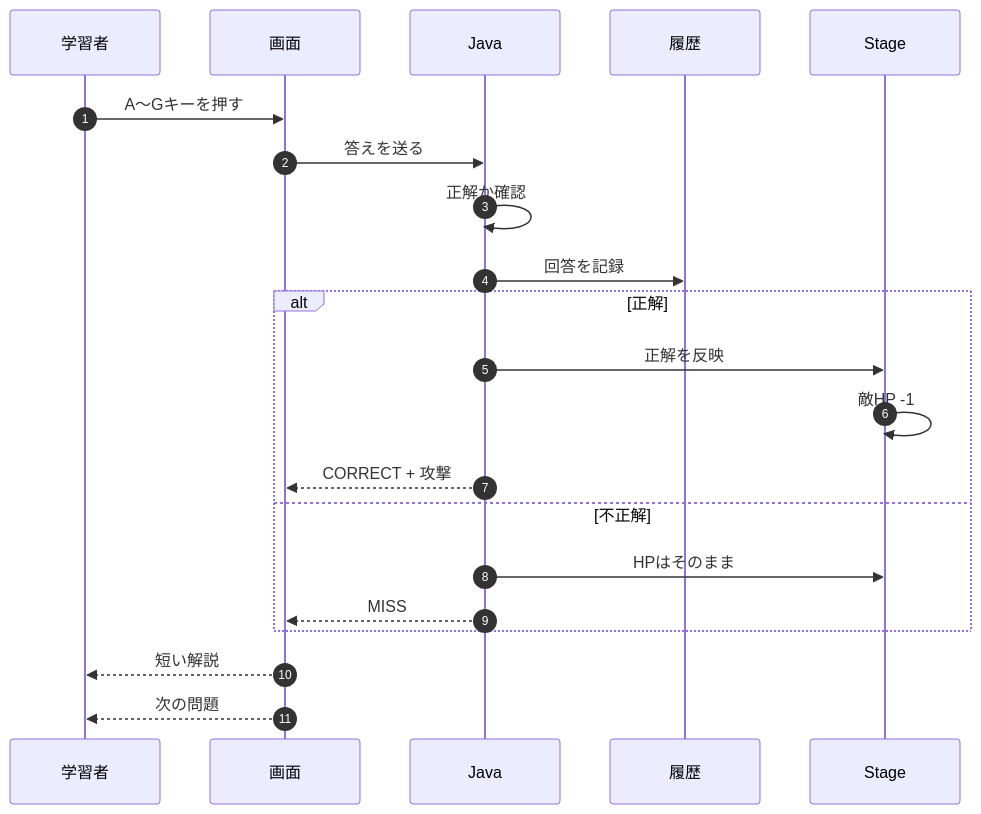
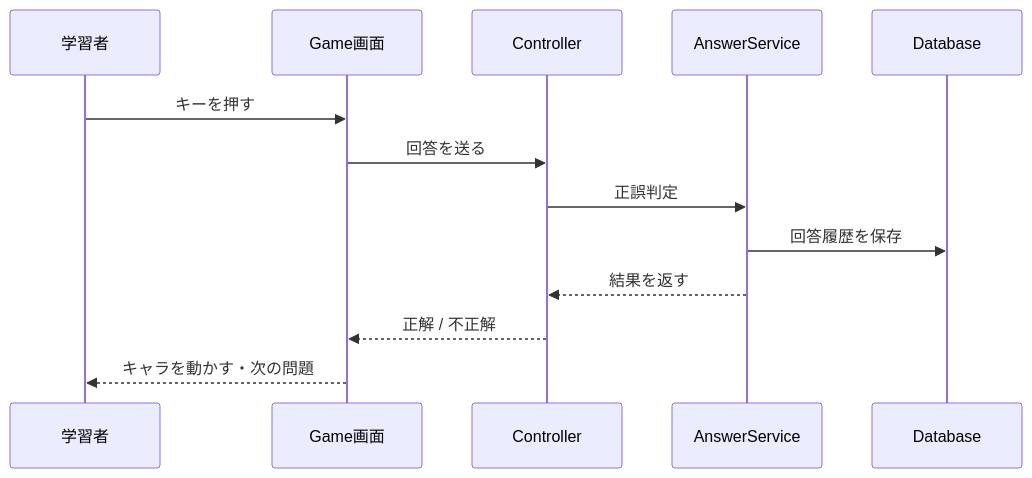
One commit to suu-dev-0203/graduation_JAVAgame changed the sixth of 9 diagrams in README.md. Above: the diagram before and after it, drawn with Mermaid. The commit also changed other lines of this file, not shown here.

````diff
--- a/README.md
+++ b/README.md
@@ -1977,26 +823,16 @@
 ```mermaid
 sequenceDiagram
-    autonumber
-    participant 学習者
-    participant 画面
-    participant Java
-    participant 履歴
-    participant Stage
+    participant User as 学習者
+    participant Screen as Game画面
+    participant API as Controller
+    participant Service as AnswerService
+    participant DB as Database
 
-    学習者->>画面: A～Gキーを押す
-    画面->>Java: 答えを送る
-    Java->>Java: 正解か確認
-    Java->>履歴: 回答を記録
-
-    alt 正解
-        Java->>Stage: 正解を反映
-        Stage->>Stage: 敵HP -1
-        Java-->>画面: CORRECT + 攻撃
-    else 不正解
-        Java->>Stage: HPはそのまま
-        Java-->>画面: MISS
-    end
-
-    画面-->>学習者: 短い解説
-    画面-->>学習者: 次の問題
+    User->>Screen: キーを押す
+    Screen->>API: 回答を送る
+    API->>Service: 正誤判定
+    Service->>DB: 回答履歴を保存
+    Service-->>API: 結果を返す
+    API-->>Screen: 正解 / 不正解
+    Screen-->>User: キャラを動かす・次の問題
 ```
````
